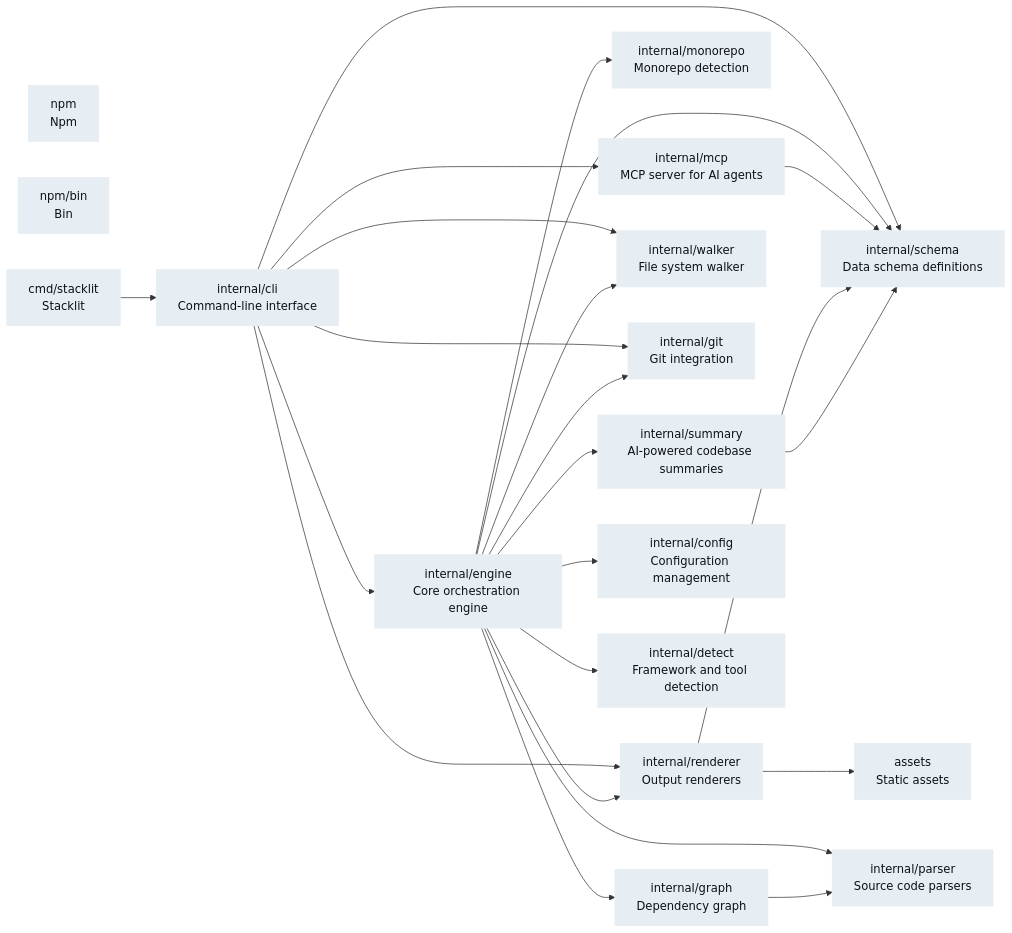
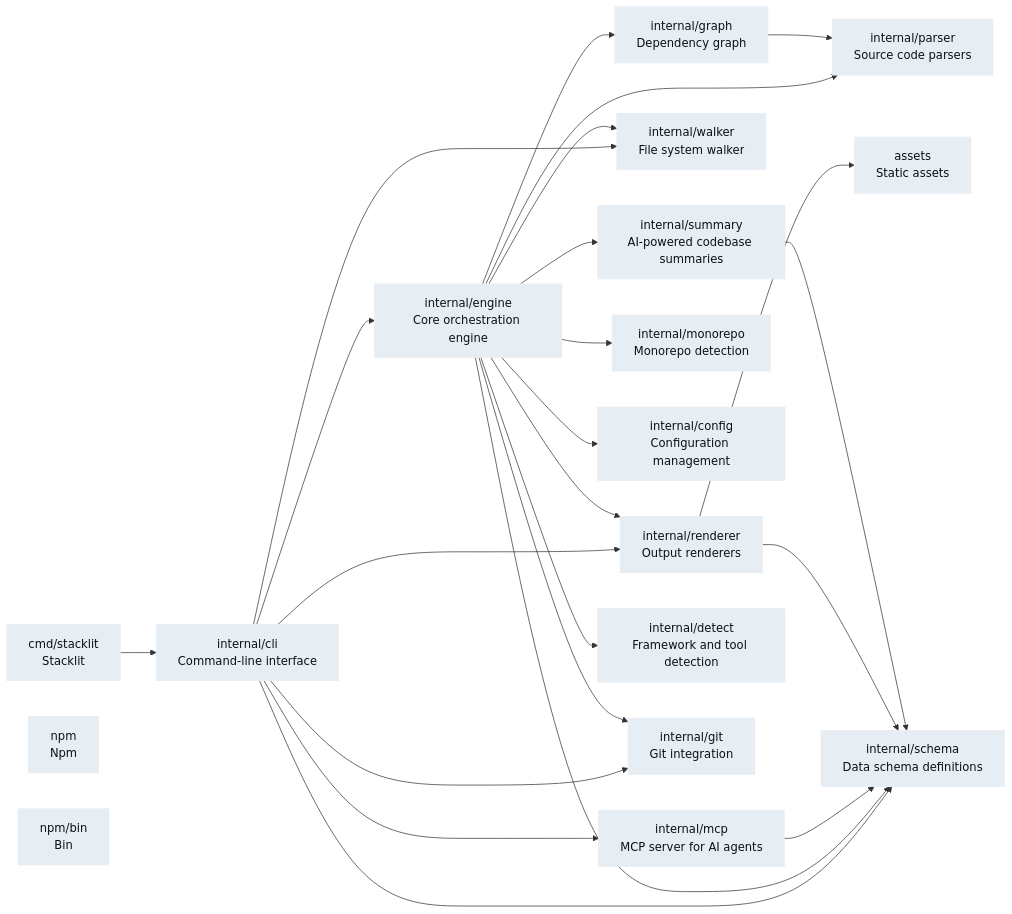
Before and after one commit to atharvasingh7007/stacklit: the diagram in stacklit.mmd, drawn with Mermaid. The commit also changed 3 other files, not shown here.

Commit message:
fix: wrap Mermaid output in code fence for GitHub rendering

````diff
--- a/stacklit.mmd
+++ b/stacklit.mmd
@@ -1,46 +1,48 @@
+```mermaid
 graph LR
   classDef javascript fill:#c9d1d9,color:#0d1117,stroke:#c9d1d9
   classDef java fill:#8b949e,color:#0d1117,stroke:#8b949e
   classDef typescript fill:#c9d1d9,color:#0d1117,stroke:#c9d1d9
   classDef python fill:#b1bac4,color:#0d1117,stroke:#b1bac4
   classDef rust fill:#a5b3bf,color:#0d1117,stroke:#a5b3bf
   classDef go fill:#e6edf3,color:#0d1117,stroke:#e6edf3
-  internal_engine["internal/engine\nCore orchestration engine"]:::go
-  internal_mcp["internal/mcp\nMCP server for AI agents"]:::go
+  cmd_stacklit["cmd/stacklit\nStacklit"]:::go
+  internal_cli["internal/cli\nCommand-line interface"]:::go
+  internal_renderer["internal/renderer\nOutput renderers"]:::go
+  internal_schema["internal/schema\nData schema definitions"]:::go
+  internal_summary["internal/summary\nAI-powered codebase summaries"]:::go
+  internal_walker["internal/walker\nFile system walker"]:::go
+  npm["npm\nNpm"]:::go
+  npm_bin["npm/bin\nBin"]:::go
+  internal_graph["internal/graph\nDependency graph"]:::go
   internal_monorepo["internal/monorepo\nMonorepo detection"]:::go
-  internal_parser["internal/parser\nSource code parsers"]:::go
-  internal_summary["internal/summary\nAI-powered codebase summaries"]:::go
-  internal_renderer["internal/renderer\nOutput renderers"]:::go
-  internal_walker["internal/walker\nFile system walker"]:::go
-  internal_cli["internal/cli\nCommand-line interface"]:::go
-  internal_git["internal/git\nGit integration"]:::go
-  internal_graph["internal/graph\nDependency graph"]:::go
-  npm["npm\nNpm"]:::go
   assets["assets\nStatic assets"]:::go
   internal_config["internal/config\nConfiguration management"]:::go
+  internal_mcp["internal/mcp\nMCP server for AI agents"]:::go
+  internal_parser["internal/parser\nSource code parsers"]:::go
   internal_detect["internal/detect\nFramework and tool detection"]:::go
-  internal_schema["internal/schema\nData schema definitions"]:::go
-  npm_bin["npm/bin\nBin"]:::go
-  cmd_stacklit["cmd/stacklit\nStacklit"]:::go
+  internal_engine["internal/engine\nCore orchestration engine"]:::go
+  internal_git["internal/git\nGit integration"]:::go
   cmd_stacklit --> internal_cli
   internal_cli --> internal_engine
   internal_cli --> internal_git
   internal_cli --> internal_mcp
   internal_cli --> internal_renderer
   internal_cli --> internal_schema
   internal_cli --> internal_walker
   internal_engine --> internal_config
   internal_engine --> internal_detect
   internal_engine --> internal_git
   internal_engine --> internal_graph
   internal_engine --> internal_monorepo
   internal_engine --> internal_parser
   internal_engine --> internal_renderer
   internal_engine --> internal_schema
   internal_engine --> internal_summary
   internal_engine --> internal_walker
   internal_graph --> internal_parser
   internal_mcp --> internal_schema
   internal_renderer --> assets
   internal_renderer --> internal_schema
   internal_summary --> internal_schema
+```
````
